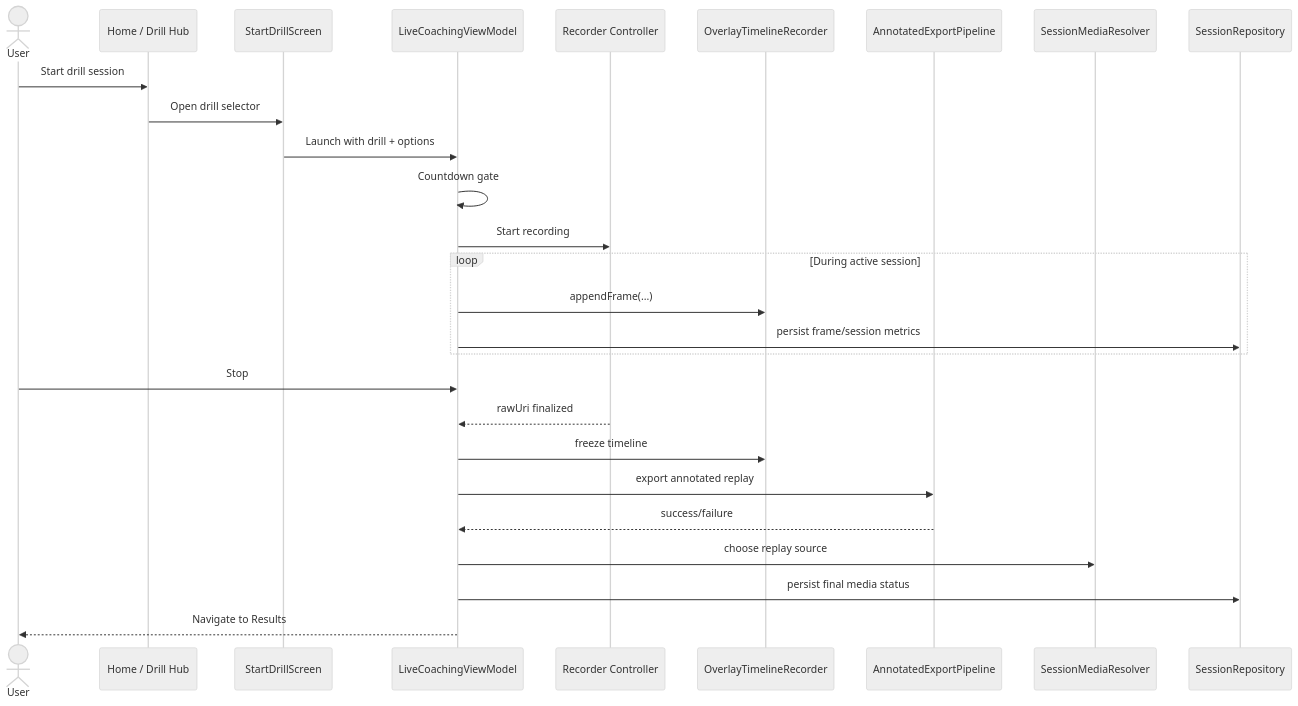
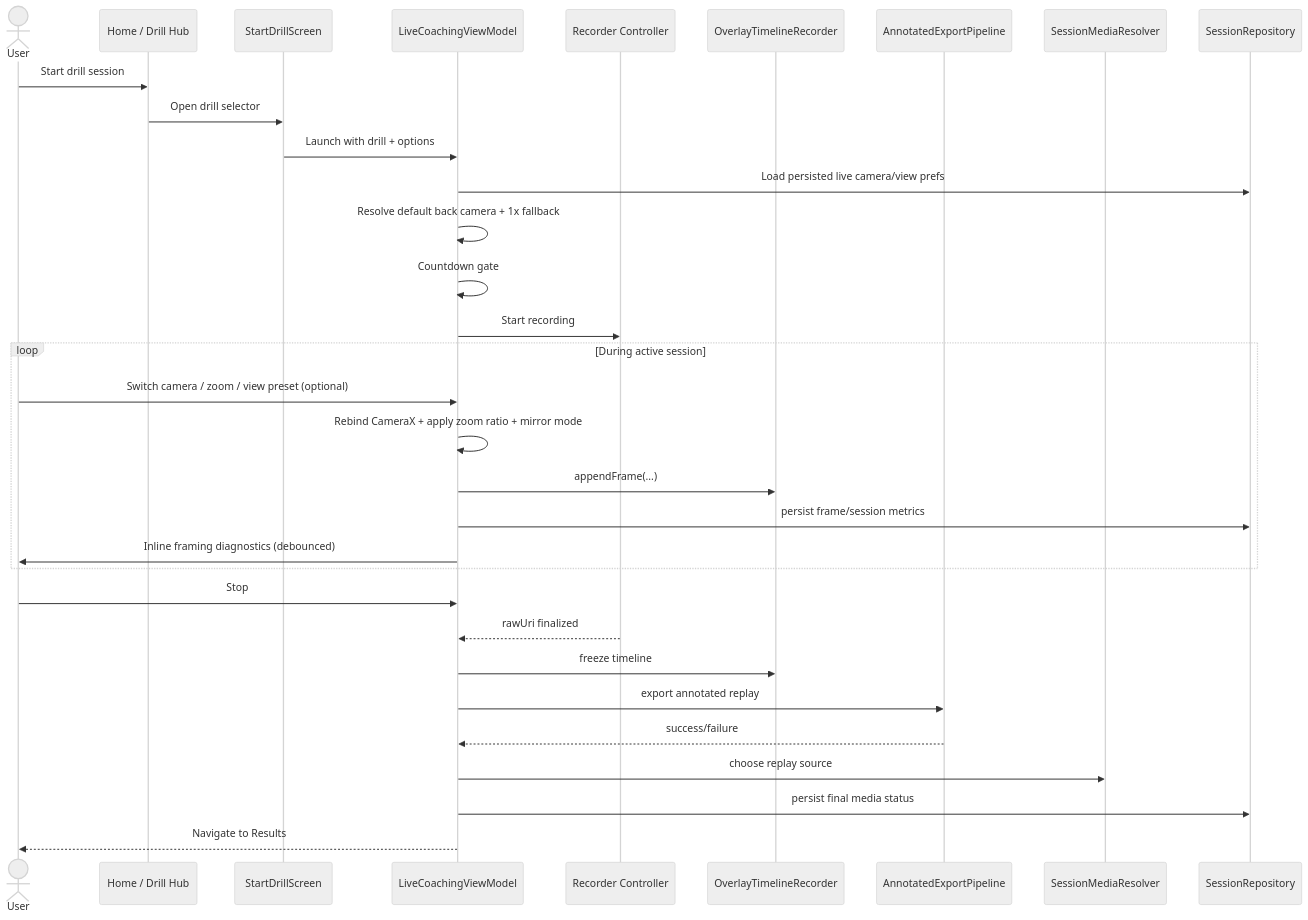
The diagram in docs/diagrams/sequence-live-session.md (Voycepeh/CaliVision), drawn with Mermaid (neutral theme) before and after one commit. The commit also changed 12 other files, not shown here.

Commit message:
Enhance live coaching camera, zoom, and view preset controls

````diff
--- a/docs/diagrams/sequence-live-session.md
+++ b/docs/diagrams/sequence-live-session.md
@@ -3,32 +3,37 @@
 ```mermaid
 sequenceDiagram
     actor User
     participant Home as Home / Drill Hub
     participant Start as StartDrillScreen
     participant LiveVM as LiveCoachingViewModel
     participant Recorder as Recorder Controller
     participant Timeline as OverlayTimelineRecorder
     participant Export as AnnotatedExportPipeline
     participant Resolver as SessionMediaResolver
     participant Repo as SessionRepository
 
     User->>Home: Start drill session
     Home->>Start: Open drill selector
     Start->>LiveVM: Launch with drill + options
+    LiveVM->>Repo: Load persisted live camera/view prefs
+    LiveVM->>LiveVM: Resolve default back camera + 1x fallback
     LiveVM->>LiveVM: Countdown gate
     LiveVM->>Recorder: Start recording
 
     loop During active session
+      User->>LiveVM: Switch camera / zoom / view preset (optional)
+      LiveVM->>LiveVM: Rebind CameraX + apply zoom ratio + mirror mode
       LiveVM->>Timeline: appendFrame(...)
       LiveVM->>Repo: persist frame/session metrics
+      LiveVM->>User: Inline framing diagnostics (debounced)
     end
 
     User->>LiveVM: Stop
     Recorder-->>LiveVM: rawUri finalized
     LiveVM->>Timeline: freeze timeline
     LiveVM->>Export: export annotated replay
     Export-->>LiveVM: success/failure
     LiveVM->>Resolver: choose replay source
     LiveVM->>Repo: persist final media status
     LiveVM-->>User: Navigate to Results
 ```
````
